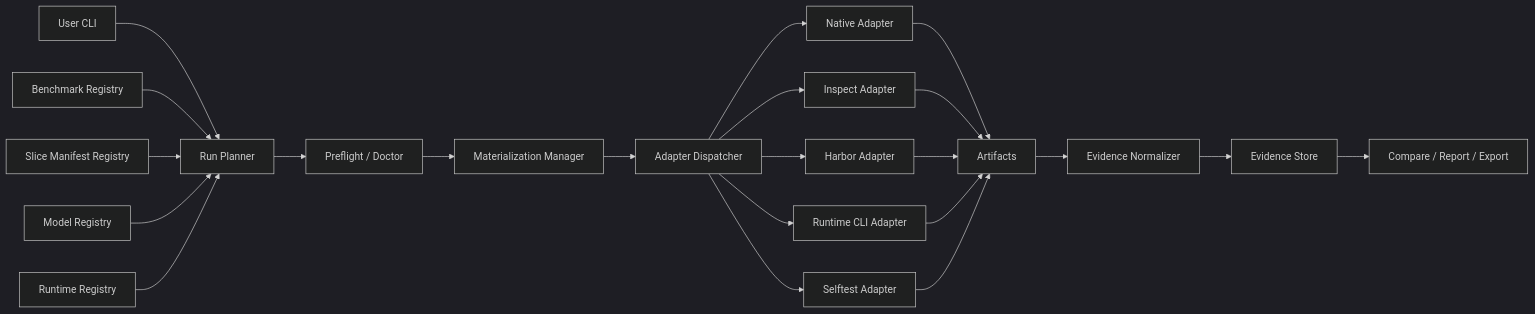
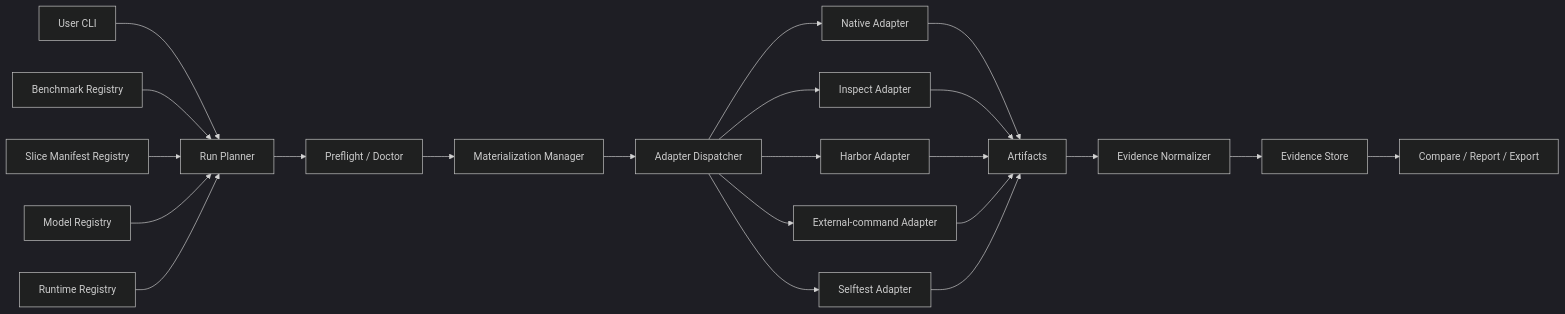
The diagram in docs/architecture.md (Lyther/BenchEval), drawn with Mermaid (dark theme) before and after one commit. The commit also changed other lines of this file and 15 other files, not shown here.

First line of the commit message:
docs(architecture): add layered Mermaid diagram set

````diff
--- a/docs/architecture.md
+++ b/docs/architecture.md
@@ -44,28 +48,28 @@
 ```mermaid
 flowchart LR
     U[User CLI] --> BP[Run Planner]
     BR[Benchmark Registry] --> BP
     SM[Slice Manifest Registry] --> BP
     MR[Model Registry] --> BP
     RR[Runtime Registry] --> BP
 
     BP --> PF[Preflight / Doctor]
     PF --> MM[Materialization Manager]
     MM --> AD[Adapter Dispatcher]
 
     AD --> A1[Native Adapter]
     AD --> A2[Inspect Adapter]
     AD --> A3[Harbor Adapter]
-    AD --> A4[Runtime CLI Adapter]
+    AD --> A4[External-command Adapter]
     AD --> A5[Selftest Adapter]
 
     A1 --> AR[Artifacts]
     A2 --> AR
     A3 --> AR
     A4 --> AR
     A5 --> AR
 
     AR --> EN[Evidence Normalizer]
     EN --> ES[Evidence Store]
     ES --> CP[Compare / Report / Export]
 ```
````
